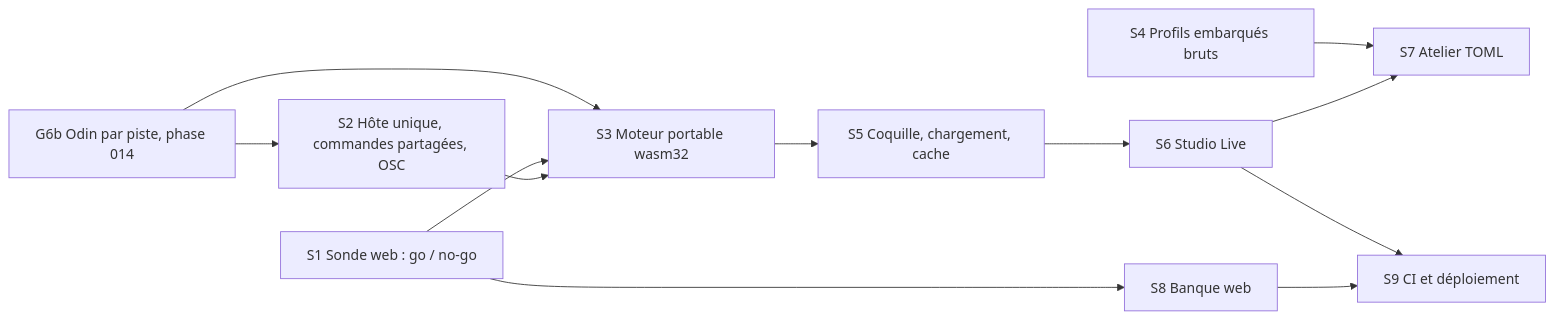
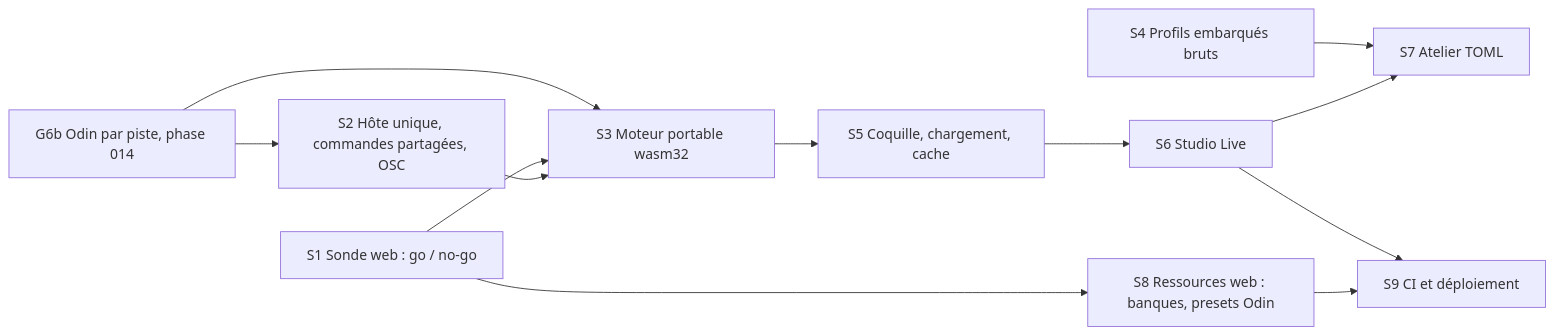
Before and after one commit to estran-studio/harmonium: the diagram in specs/015-studio/plan.md, drawn with Mermaid. The commit also changed other lines of this file, not shown here.

Commit message:
docs(015): état — S1 déterminisme natif/wasm (tirages usize), presets Odin dans les ressources web, S2 lancée, S4 à rebaser

````diff
--- a/specs/015-studio/plan.md
+++ b/specs/015-studio/plan.md
@@ -168,14 +170,14 @@
 ```mermaid
 flowchart LR
   G6b[G6b Odin par piste, phase 014] --> S2[S2 Hôte unique, commandes partagées, OSC]
   G6b --> S3[S3 Moteur portable wasm32]
   S1[S1 Sonde web : go / no-go] --> S3
   S2 --> S3
   S3 --> S5[S5 Coquille, chargement, cache]
   S5 --> S6[S6 Studio Live]
   S4[S4 Profils embarqués bruts] --> S7[S7 Atelier TOML]
   S6 --> S7
-  S1 --> S8[S8 Banque web]
+  S1 --> S8[S8 Ressources web : banques, presets Odin]
   S6 --> S9[S9 CI et déploiement]
   S8 --> S9
 ```
````
